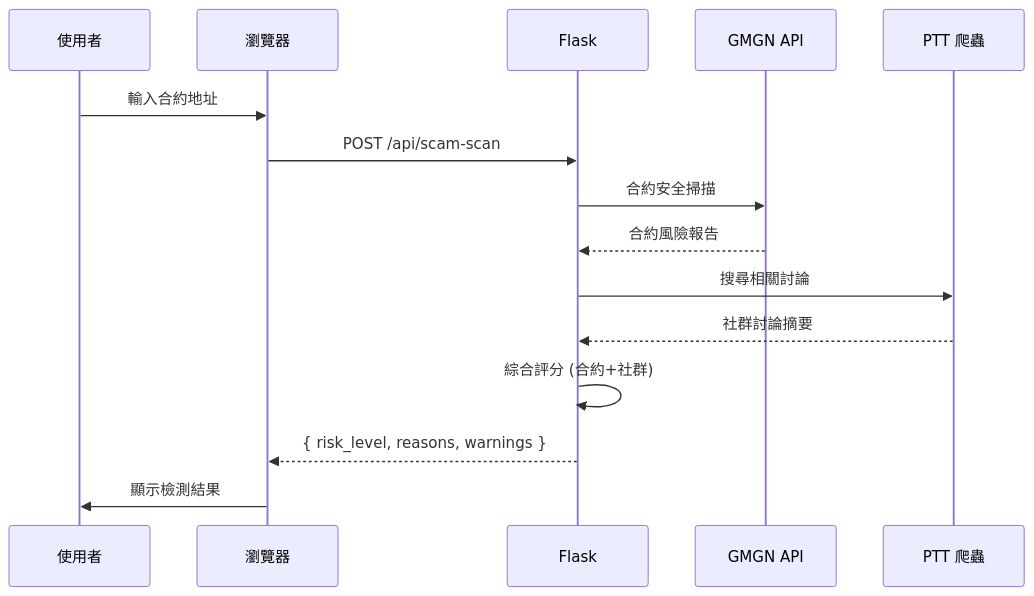
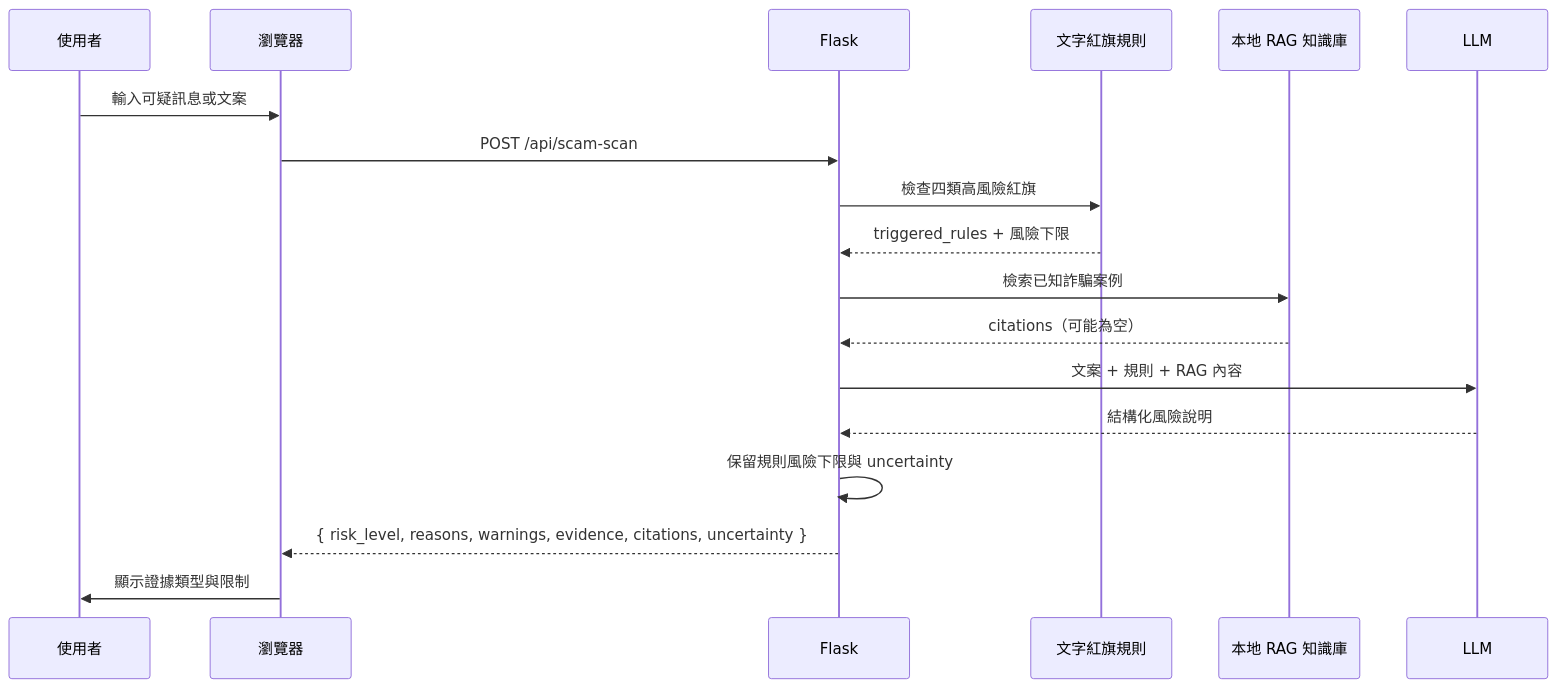
One commit to ziii-11246083/cip changed the sixth of 7 diagrams in docs/06-設計模型.md. Above: the diagram before and after it, drawn with Mermaid. The commit also changed other lines of this file and 66 other files, not shown here.

````diff
--- a/docs/06-設計模型.md
+++ b/docs/06-設計模型.md
@@ -320,18 +328,21 @@
 ```mermaid
 sequenceDiagram
     participant U as 使用者
     participant B as 瀏覽器
     participant F as Flask
-    participant GMGN as GMGN API
-    participant PTT as PTT 爬蟲
+    participant R as 文字紅旗規則
+    participant K as 本地 RAG 知識庫
+    participant L as LLM
 
-    U->>B: 輸入合約地址
+    U->>B: 輸入可疑訊息或文案
     B->>F: POST /api/scam-scan
-    F->>GMGN: 合約安全掃描
-    GMGN-->>F: 合約風險報告
-    F->>PTT: 搜尋相關討論
-    PTT-->>F: 社群討論摘要
-    F->>F: 綜合評分 (合約+社群)
-    F-->>B: { risk_level, reasons, warnings }
-    B->>U: 顯示檢測結果
+    F->>R: 檢查四類高風險紅旗
+    R-->>F: triggered_rules + 風險下限
+    F->>K: 檢索已知詐騙案例
+    K-->>F: citations（可能為空）
+    F->>L: 文案 + 規則 + RAG 內容
+    L-->>F: 結構化風險說明
+    F->>F: 保留規則風險下限與 uncertainty
+    F-->>B: { risk_level, reasons, warnings, evidence, citations, uncertainty }
+    B->>U: 顯示證據類型與限制
 ```
````
